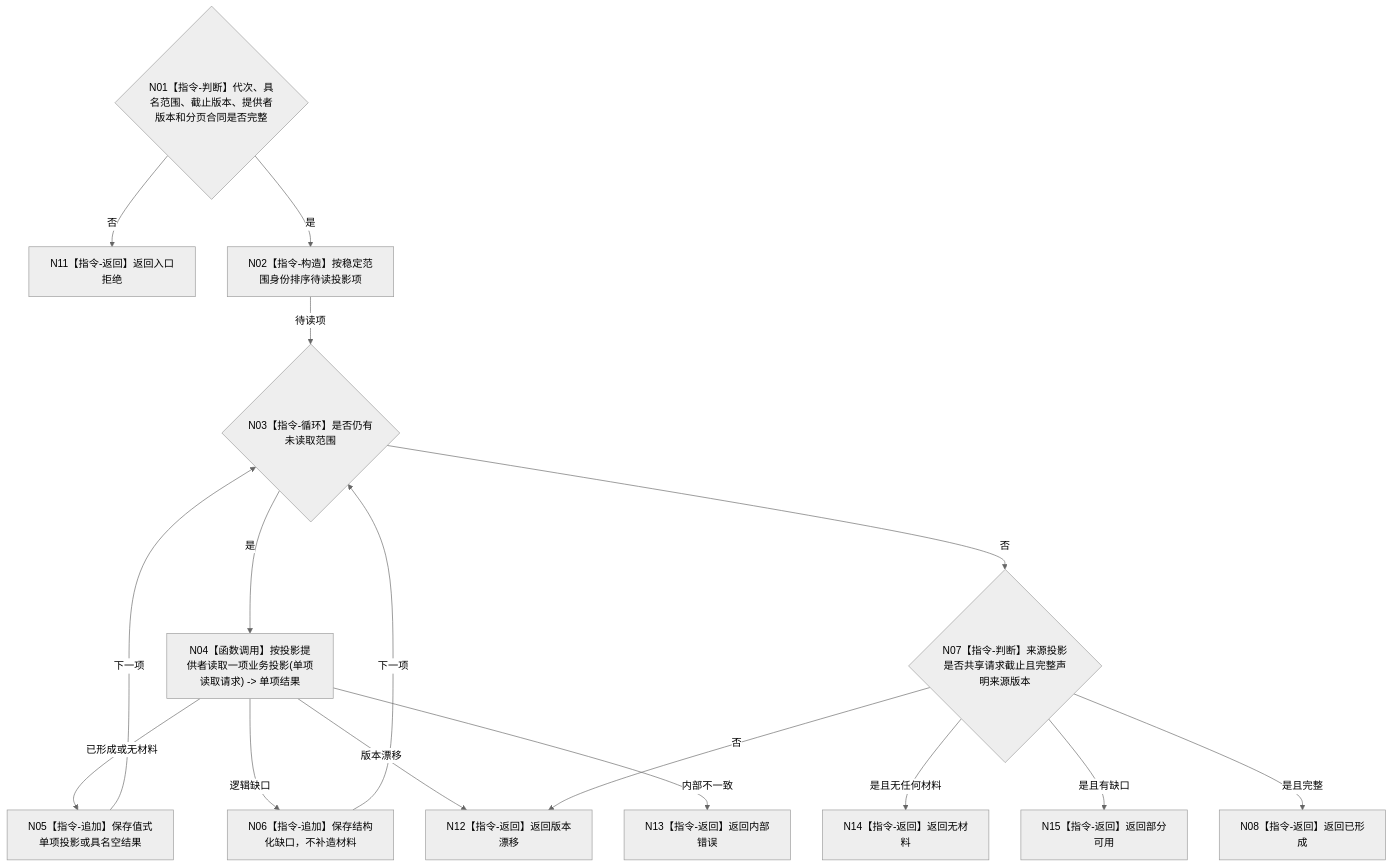
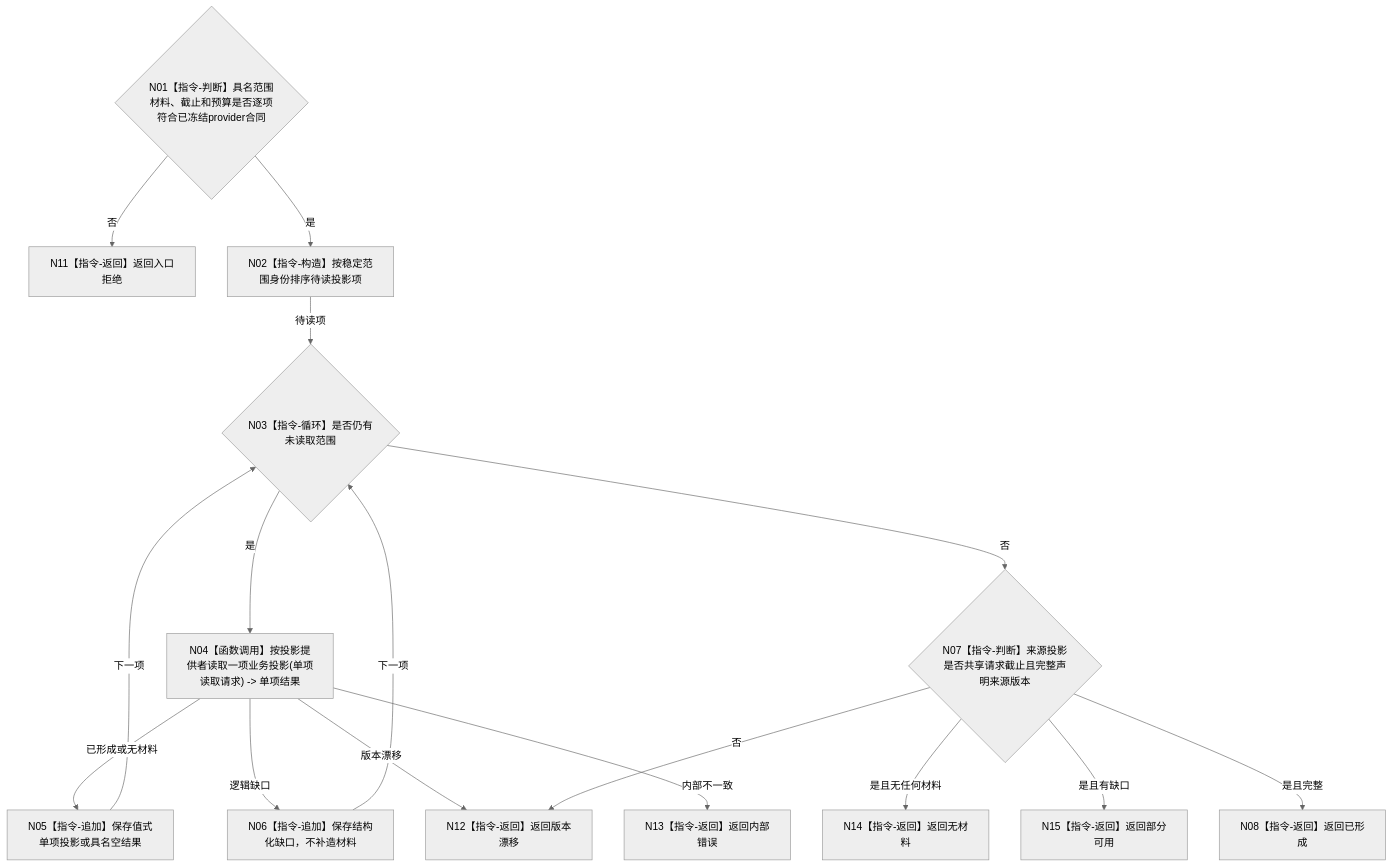
The diagram in 流程图/目标业务流程图/L3/BIZ-L3-005-03-01_读取具名业务投影_目标函数流程图_v0.2.md (chunhaizh-cyber/HY-Ego), drawn with Mermaid (neutral theme) before and after one commit. The commit also changed other lines of this file and 19 other files, not shown here.

````diff
--- a/流程图/目标业务流程图/L3/BIZ-L3-005-03-01_读取具名业务投影_目标函数流程图_v0.2.md
+++ b/流程图/目标业务流程图/L3/BIZ-L3-005-03-01_读取具名业务投影_目标函数流程图_v0.2.md
@@ -31,18 +31,18 @@
 ```mermaid
 flowchart TD
-    N01{"N01【指令-判断】代次、具名范围、截止版本、提供者版本和分页合同是否完整"} -->|否| N11["N11【指令-返回】返回入口拒绝"]
+    N01{"N01【指令-判断】具名范围材料、截止和预算是否逐项符合已冻结provider合同"} -->|否| N11["N11【指令-返回】返回入口拒绝"]
     N01 -->|是| N02["N02【指令-构造】按稳定范围身份排序待读投影项"]
     N02 -->|待读项| N03{"N03【指令-循环】是否仍有未读取范围"}
     N03 -->|是| N04["N04【函数调用】按投影提供者读取一项业务投影(单项读取请求) -> 单项结果"]
     N04 -->|已形成或无材料| N05["N05【指令-追加】保存值式单项投影或具名空结果"]
     N04 -->|逻辑缺口| N06["N06【指令-追加】保存结构化缺口，不补造材料"]
     N04 -->|版本漂移| N12["N12【指令-返回】返回版本漂移"]
     N04 -->|内部不一致| N13["N13【指令-返回】返回内部错误"]
     N05 -->|下一项| N03
     N06 -->|下一项| N03
     N03 -->|否| N07{"N07【指令-判断】来源投影是否共享请求截止且完整声明来源版本"}
     N07 -->|否| N12
     N07 -->|是且无任何材料| N14["N14【指令-返回】返回无材料"]
     N07 -->|是且有缺口| N15["N15【指令-返回】返回部分可用"]
     N07 -->|是且完整| N08["N08【指令-返回】返回已形成"]
 ```
````
